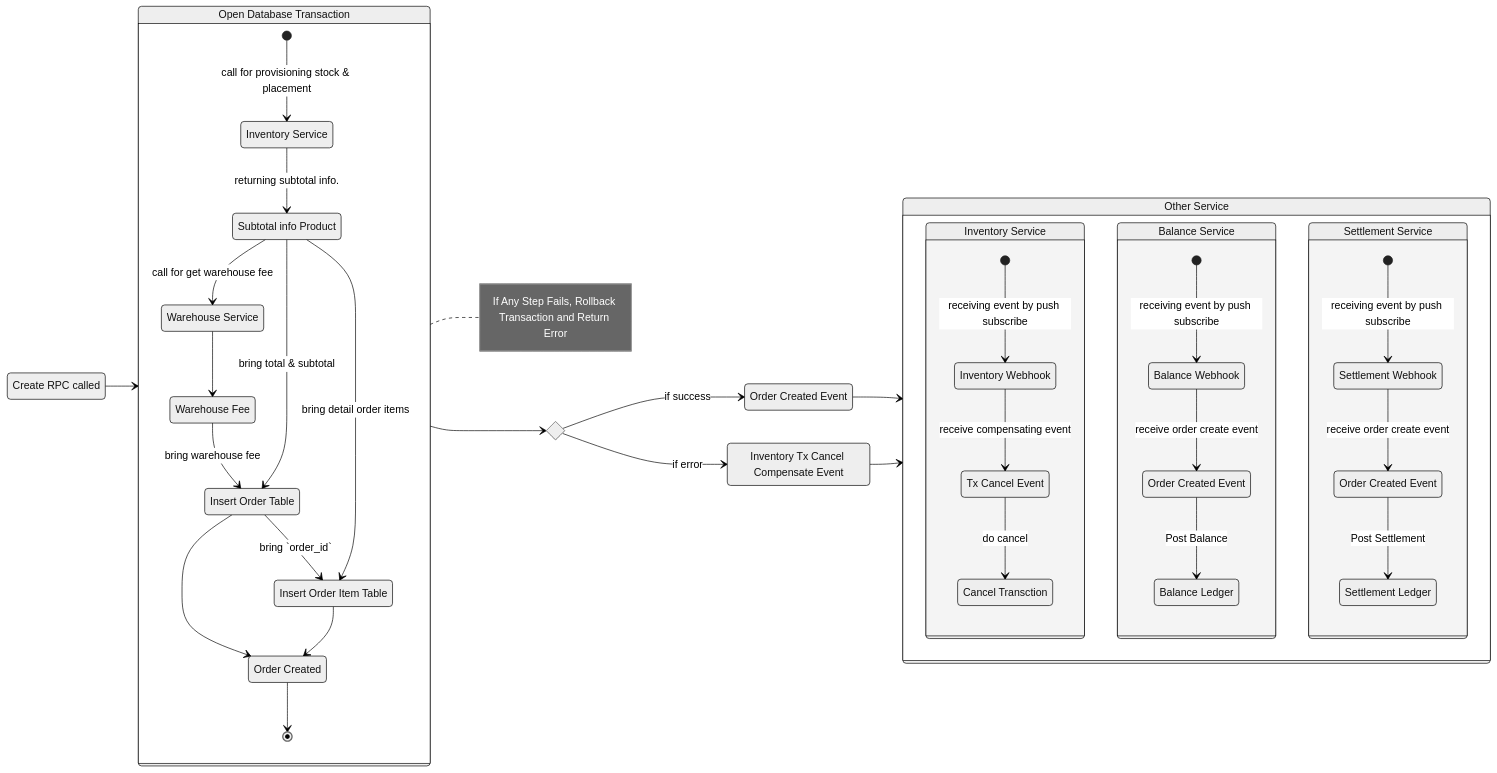
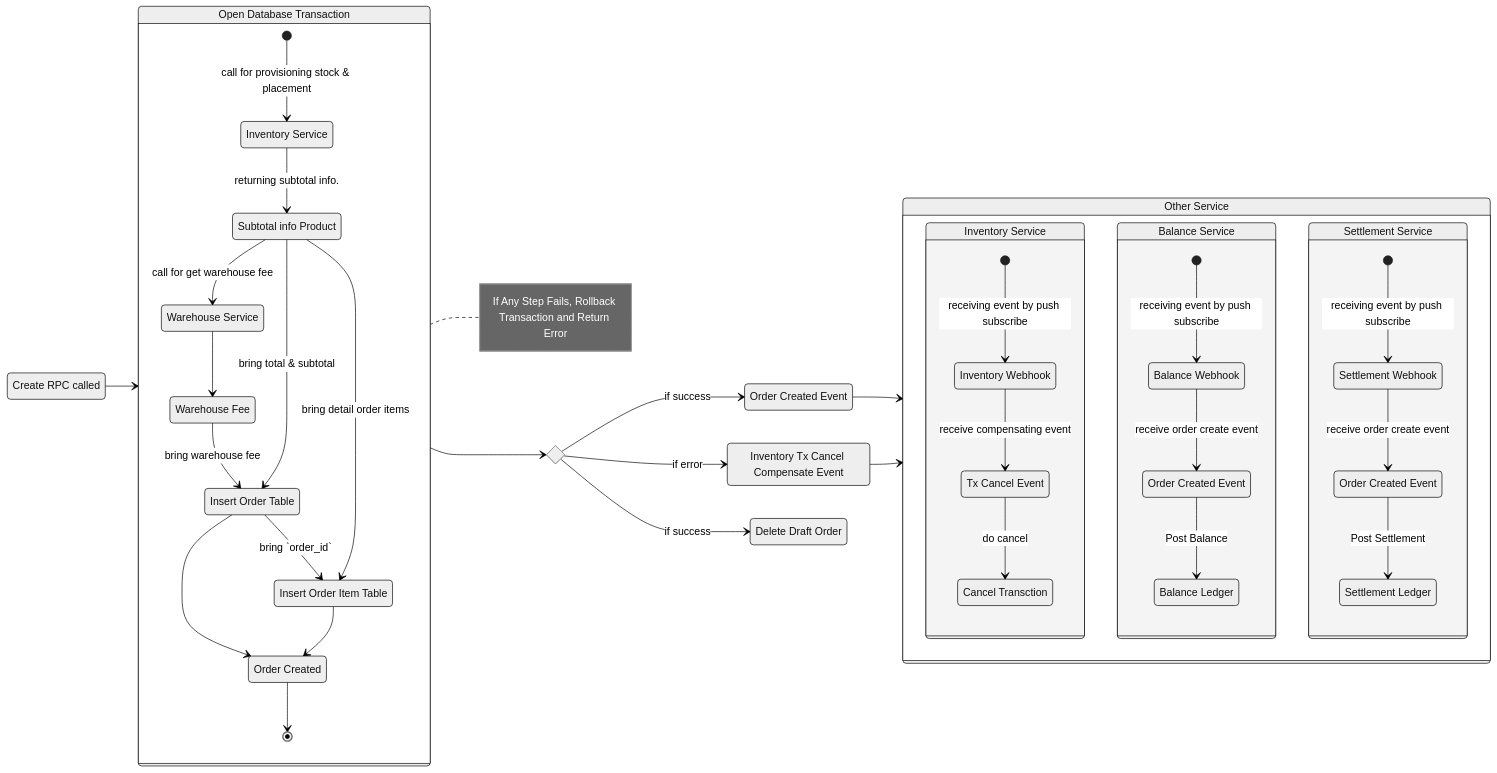
The diagram in docs/business/order/order_creation.md (pdcgo/warehouse_revamp), drawn with Mermaid (neutral theme) before and after one commit. The commit also changed 3 other files, not shown here.

```diff
--- a/docs/business/order/order_creation.md
+++ b/docs/business/order/order_creation.md
@@ -88,8 +88,10 @@
 tx-->create_err
 state "Order Created Event" as createdevt
 state "Inventory Tx Cancel Compensate Event" as cominvevt
+state "Delete Draft Order" as draft
 
 create_err-->createdevt: if success
+create_err-->draft: if success
 create_err-->cominvevt: if error
 createdevt-->srv
 cominvevt-->srv
```
